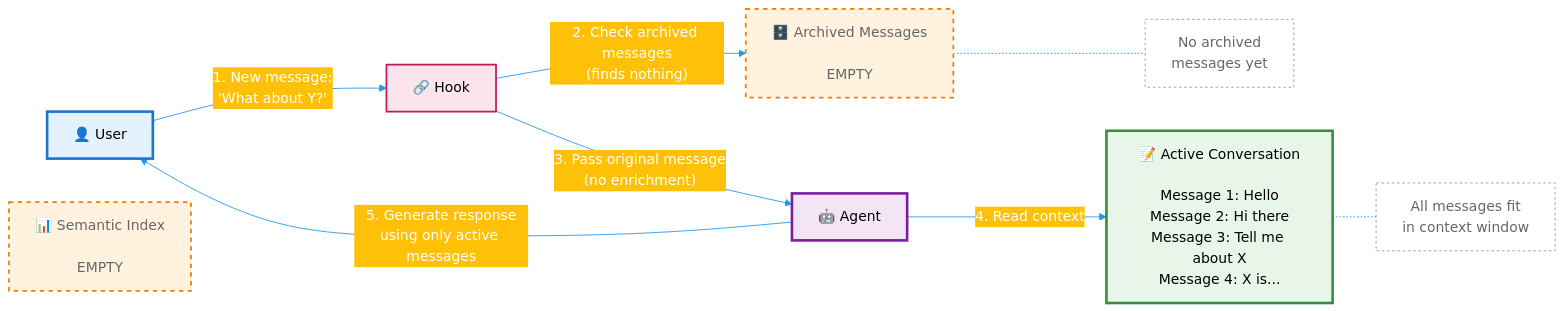
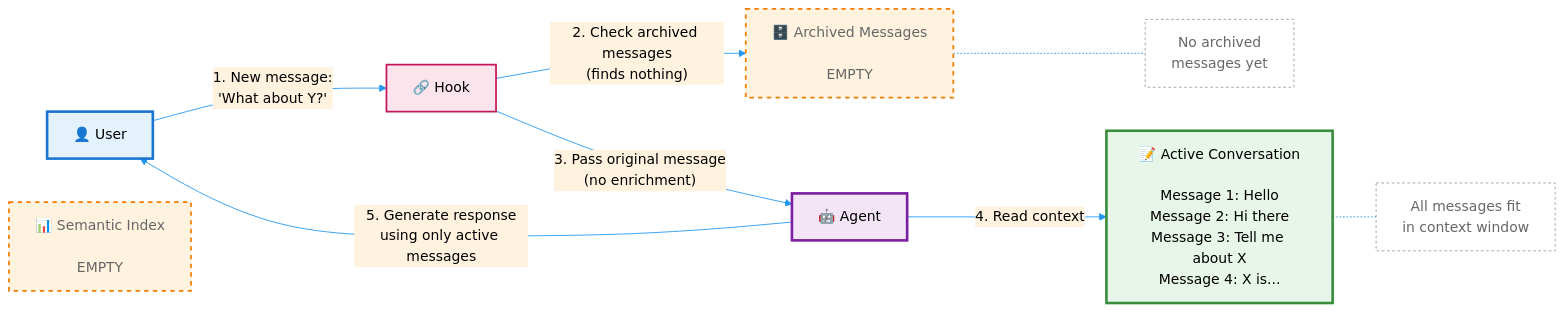
Before and after one commit to danilop/strands-agents-semantic-summarizing-conversation-manager: the first of 5 diagrams in README.md, drawn with Mermaid. The commit also changed other lines of this file, not shown here.

First line of the commit message:
Improve diagram readability with black text and label backgrounds

````diff
--- a/README.md
+++ b/README.md
@@ -117,39 +117,39 @@
 ```mermaid
-%%{init: {"theme": "base", "themeVariables": {"primaryColor": "#4CAF50", "primaryTextColor": "#fff", "primaryBorderColor": "#388E3C", "lineColor": "#2196F3", "secondaryColor": "#FFC107", "tertiaryColor": "#FF5722"}}}%%
+%%{init: {"theme": "base", "themeVariables": {"primaryColor": "#4CAF50", "primaryTextColor": "#000", "primaryBorderColor": "#388E3C", "lineColor": "#2196F3", "secondaryColor": "#FFC107", "tertiaryColor": "#FFF3E0", "edgeLabelBackground": "#FFF3E0"}}}%%
 graph LR
     %% Node styles
     classDef userStyle fill:#E3F2FD,stroke:#1976D2,stroke-width:3px,color:#000
     classDef agentStyle fill:#F3E5F5,stroke:#7B1FA2,stroke-width:3px,color:#000
     classDef activeStyle fill:#E8F5E9,stroke:#388E3C,stroke-width:3px,color:#000
     classDef emptyStyle fill:#FFF3E0,stroke:#F57C00,stroke-width:2px,stroke-dasharray:5 5,color:#666
     classDef hookStyle fill:#FCE4EC,stroke:#C2185B,stroke-width:2px,color:#000
 
     %% Nodes
     User[👤 User]
     Hook[🔗 Hook]
     Agent[🤖 Agent]
     ActiveConv[📝 Active Conversation<br/><br/>Message 1: Hello<br/>Message 2: Hi there<br/>Message 3: Tell me about X<br/>Message 4: X is...]
     ArchivedMessages[🗄️ Archived Messages<br/><br/>EMPTY]
     SemanticIndex[📊 Semantic Index<br/><br/>EMPTY]
 
     %% Connections with labels
     User -->|"1. New message:<br/>'What about Y?'"| Hook
     Hook -->|"2. Check archived messages<br/>(finds nothing)"| ArchivedMessages
     Hook -->|"3. Pass original message<br/>(no enrichment)"| Agent
     Agent -->|"4. Read context"| ActiveConv
     Agent -->|"5. Generate response<br/>using only active messages"| User
 
     %% Apply styles
     class User userStyle
     class Agent agentStyle
     class ActiveConv activeStyle
     class ArchivedMessages,SemanticIndex emptyStyle
     class Hook hookStyle
 
     %% Notes
     ActiveConv -.- Note1[All messages fit<br/>in context window]
     ArchivedMessages -.- Note2[No archived<br/>messages yet]
 
     style Note1 fill:#FFFFFF,stroke:#999,stroke-width:1px,stroke-dasharray:3 3,color:#666
     style Note2 fill:#FFFFFF,stroke:#999,stroke-width:1px,stroke-dasharray:3 3,color:#666
 ```
````
